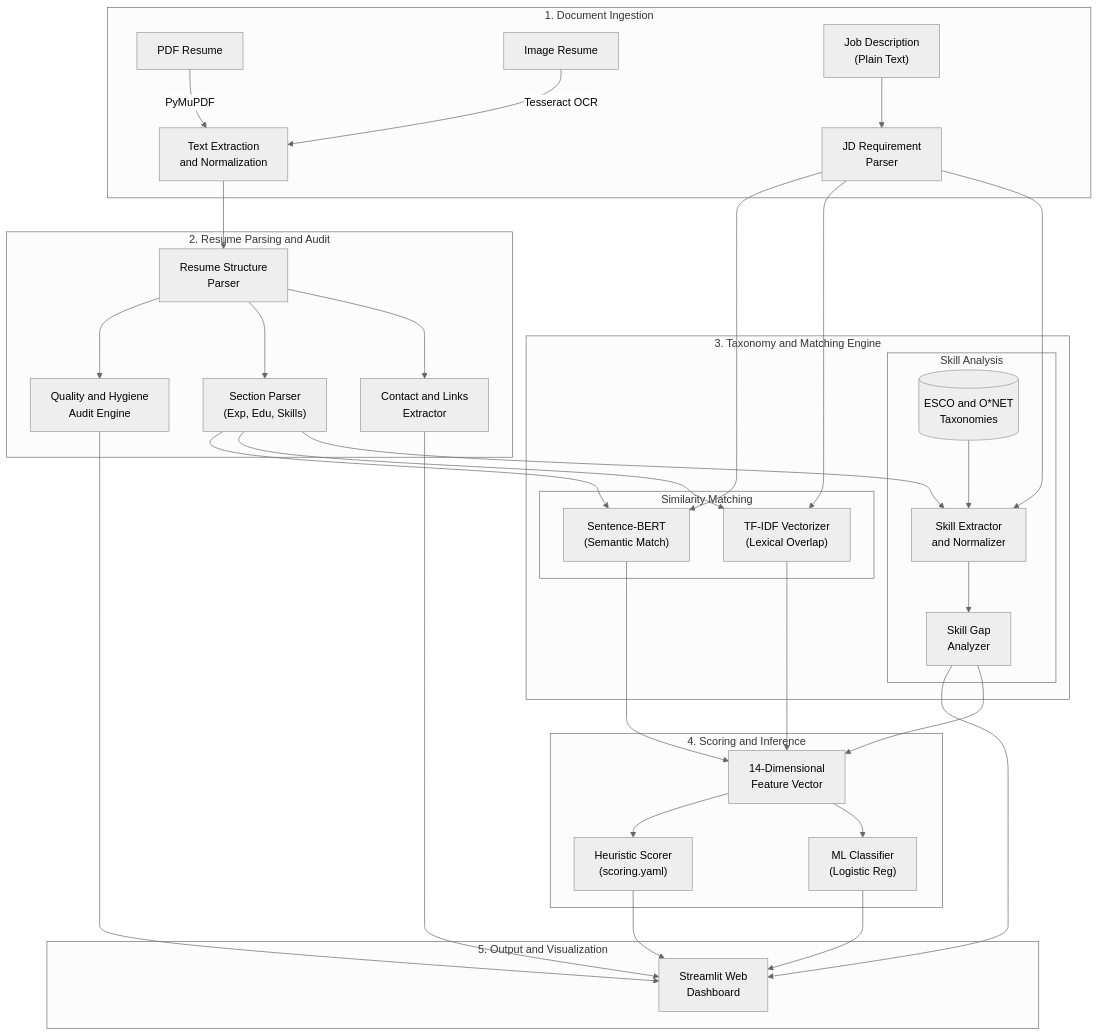
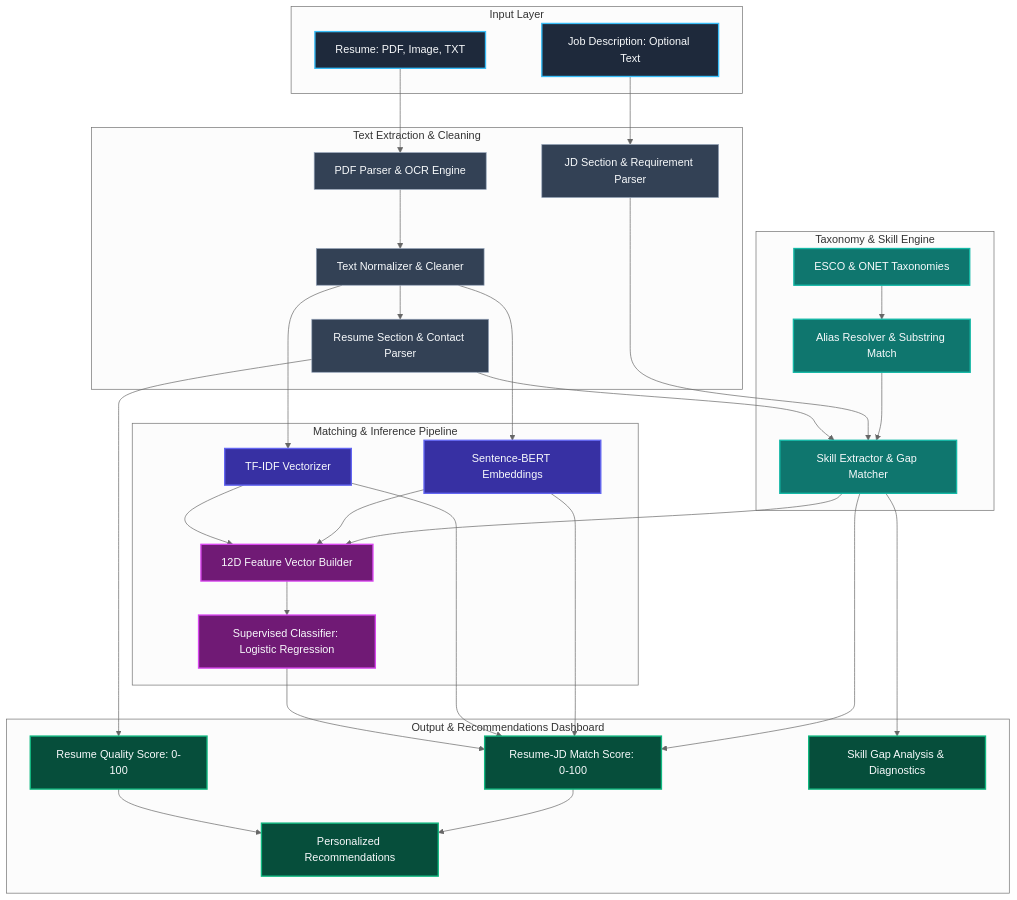
One commit to adreejaa-dash/ai-resume-analyzer changed the diagram in README.md. Above: the diagram before and after it, drawn with Mermaid (neutral theme). The commit also changed other lines of this file and 11 other files, not shown here.

````diff
--- a/README.md
+++ b/README.md
@@ -82,46 +91,66 @@
 ```mermaid
 flowchart TD
-    subgraph S1["1. Document Ingestion"]
-        PDF["PDF Resume"] -->|"PyMuPDF"| NORM["Text Extraction<br/>and Normalization"]
-        IMG["Image Resume"] -->|"Tesseract OCR"| NORM
-        JD["Job Description<br/>(Plain Text)"] --> JDP["JD Requirement<br/>Parser"]
+    classDef inputStyle fill:#1e293b,stroke:#38bdf8,stroke-width:2px,color:#f8fafc;
+    classDef parseStyle fill:#334155,stroke:#94a3b8,stroke-width:1px,color:#f8fafc;
+    classDef taxStyle fill:#0f766e,stroke:#14b8a6,stroke-width:2px,color:#f8fafc;
+    classDef nlpStyle fill:#3730a3,stroke:#6366f1,stroke-width:2px,color:#f8fafc;
+    classDef mlStyle fill:#701a75,stroke:#d946ef,stroke-width:2px,color:#f8fafc;
+    classDef outStyle fill:#064e3b,stroke:#10b981,stroke-width:2px,color:#f8fafc;
+
+    subgraph IN["Input Layer"]
+        R_IN["Resume: PDF, Image, TXT"]:::inputStyle
+        J_IN["Job Description: Optional Text"]:::inputStyle
     end
 
-    subgraph S2["2. Resume Parsing and Audit"]
-        NORM --> RP["Resume Structure<br/>Parser"]
-        RP --> CONT["Contact and Links<br/>Extractor"]
-        RP --> SECT["Section Parser<br/>(Exp, Edu, Skills)"]
-        RP --> QUAL["Quality and Hygiene<br/>Audit Engine"]
+    subgraph PARSE["Text Extraction & Cleaning"]
+        P_OCR["PDF Parser & OCR Engine"]:::parseStyle
+        T_CLN["Text Normalizer & Cleaner"]:::parseStyle
+        R_PAR["Resume Section & Contact Parser"]:::parseStyle
+        J_PAR["JD Section & Requirement Parser"]:::parseStyle
     end
 
-    subgraph S3["3. Taxonomy and Matching Engine"]
-        subgraph S3A["Skill Analysis"]
-            TAX[("ESCO and O*NET<br/>Taxonomies")] --> SKILL["Skill Extractor<br/>and Normalizer"]
-            SECT --> SKILL
-            JDP --> SKILL
-            SKILL --> GAP["Skill Gap<br/>Analyzer"]
-        end
-        subgraph S3B["Similarity Matching"]
-            SECT --> TFIDF["TF-IDF Vectorizer<br/>(Lexical Overlap)"]
-            JDP --> TFIDF
-            SECT --> SBERT["Sentence-BERT<br/>(Semantic Match)"]
-            JDP --> SBERT
-        end
+    subgraph TAX["Taxonomy & Skill Engine"]
+        ESCO["ESCO & ONET Taxonomies"]:::taxStyle
+        ALIAS["Alias Resolver & Substring Match"]:::taxStyle
+        S_EXT["Skill Extractor & Gap Matcher"]:::taxStyle
     end
 
-    subgraph S4["4. Scoring and Inference"]
-        GAP --> FV["14-Dimensional<br/>Feature Vector"]
-        TFIDF --> FV
-        SBERT --> FV
-        FV --> ML["ML Classifier<br/>(Logistic Reg)"]
-        FV --> HEUR["Heuristic Scorer<br/>(scoring.yaml)"]
+    subgraph ML_ENG["Matching & Inference Pipeline"]
+        TFIDF["TF-IDF Vectorizer"]:::nlpStyle
+        SBERT["Sentence-BERT Embeddings"]:::nlpStyle
+        FV["12D Feature Vector Builder"]:::mlStyle
+        CLF["Supervised Classifier: Logistic Regression"]:::mlStyle
     end
 
-    subgraph S5["5. Output and Visualization"]
-        QUAL --> DASH["Streamlit Web<br/>Dashboard"]
-        ML --> DASH
-        HEUR --> DASH
-        GAP --> DASH
-        CONT --> DASH
+    subgraph OUT["Output & Recommendations Dashboard"]
+        AUD["Resume Quality Score: 0-100"]:::outStyle
+        MATCH["Resume-JD Match Score: 0-100"]:::outStyle
+        SUGG["Personalized Recommendations"]:::outStyle
+        GAP["Skill Gap Analysis & Diagnostics"]:::outStyle
     end
+
+    R_IN --> P_OCR --> T_CLN --> R_PAR
+    J_IN --> J_PAR
+
+    R_PAR --> S_EXT
+    J_PAR --> S_EXT
+    ESCO --> ALIAS --> S_EXT
+
+    T_CLN --> TFIDF
+    T_CLN --> SBERT
+
+    TFIDF --> FV
+    SBERT --> FV
+    S_EXT --> FV
+
+    FV --> CLF
+
+    R_PAR --> AUD
+    CLF --> MATCH
+    TFIDF --> MATCH
+    SBERT --> MATCH
+    S_EXT --> MATCH
+    S_EXT --> GAP
+    AUD --> SUGG
+    MATCH --> SUGG
 ```
````
